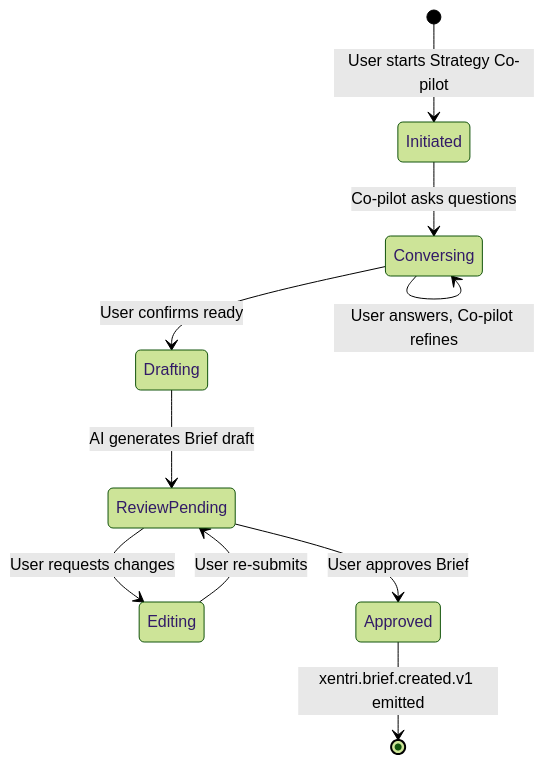
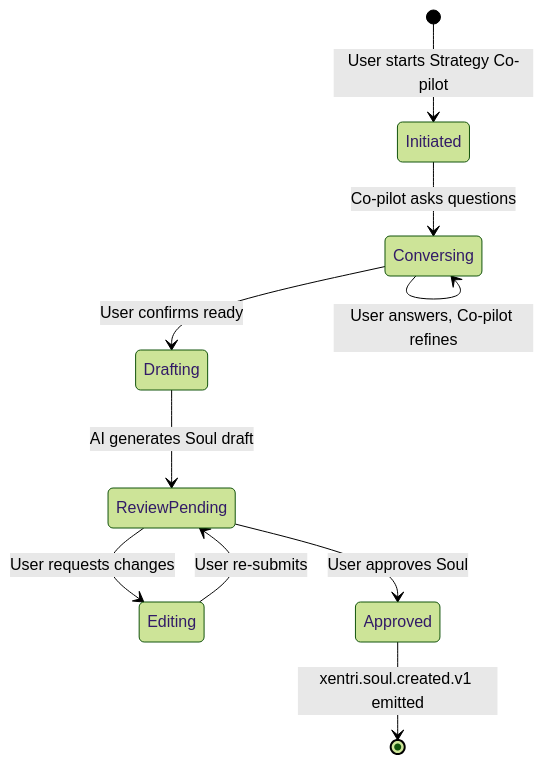
Before and after one commit to carlo-spada/xentri: the third of 6 diagrams in docs/platform/architecture.md, drawn with Mermaid (forest theme). The commit also changed other lines of this file and 48 other files, not shown here.

````diff
--- a/docs/platform/architecture.md
+++ b/docs/platform/architecture.md
@@ -1911,12 +1911,12 @@
 ```mermaid
 stateDiagram-v2
     [*] --> Initiated: User starts Strategy Co-pilot
     Initiated --> Conversing: Co-pilot asks questions
     Conversing --> Conversing: User answers, Co-pilot refines
     Conversing --> Drafting: User confirms ready
-    Drafting --> ReviewPending: AI generates Brief draft
+    Drafting --> ReviewPending: AI generates Soul draft
     ReviewPending --> Editing: User requests changes
     Editing --> ReviewPending: User re-submits
-    ReviewPending --> Approved: User approves Brief
-    Approved --> [*]: xentri.brief.created.v1 emitted
+    ReviewPending --> Approved: User approves Soul
+    Approved --> [*]: xentri.soul.created.v1 emitted
 ```
````
